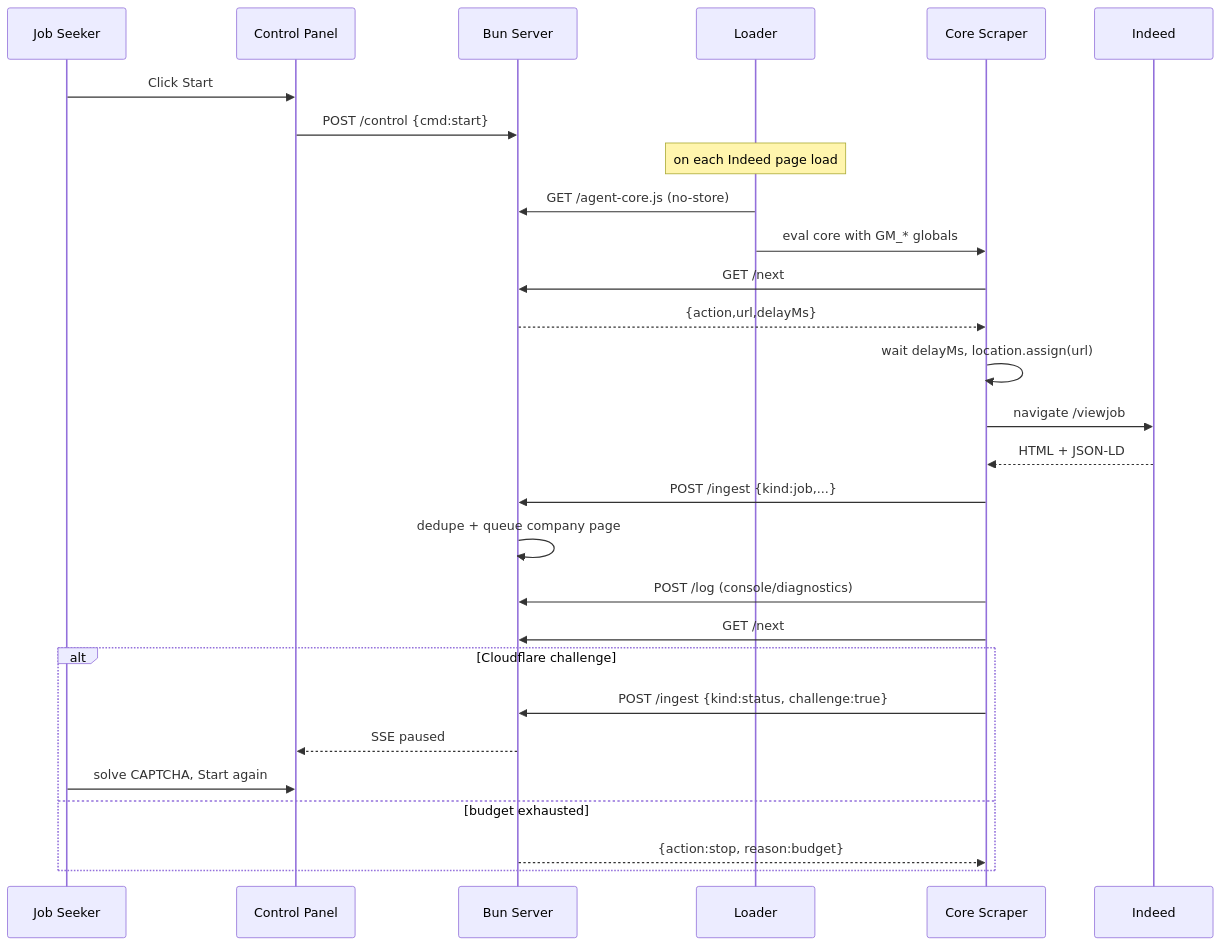
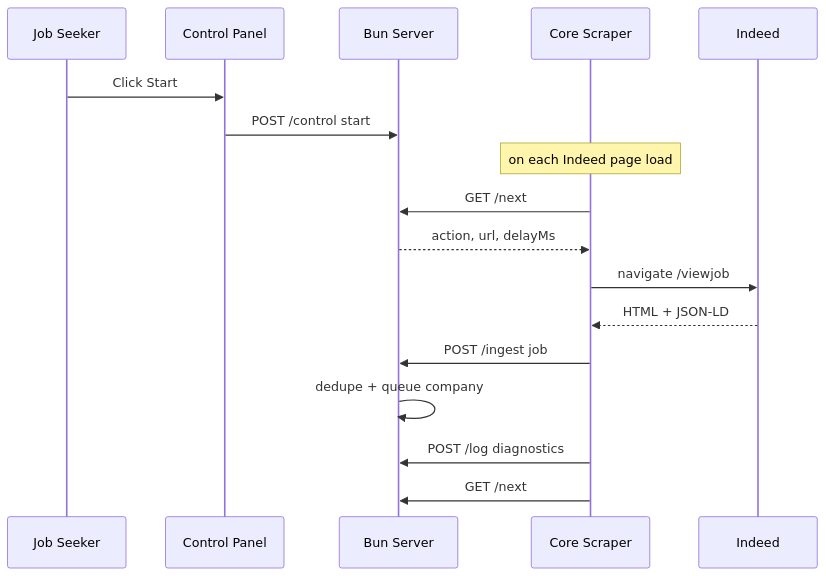
The ninth of 10 diagrams in ARCHITECTURE.md (sdaves/mobile-job-search-archiver), drawn with Mermaid before and after one commit. The commit also changed other lines of this file and 6 other files, not shown here.

Commit message:
Fix Mermaid overlap: split hub diagrams, tune viewer, add runbook plan

````diff
--- a/ARCHITECTURE.md
+++ b/ARCHITECTURE.md
@@ -371,31 +416,20 @@
 ```mermaid
 sequenceDiagram
     participant U as Job Seeker
     participant P as Control Panel
     participant S as Bun Server
-    participant L as Loader
     participant C as Core Scraper
     participant I as Indeed
 
     U->>P: Click Start
-    P->>S: POST /control {cmd:start}
-    Note over L: on each Indeed page load
-    L->>S: GET /agent-core.js (no-store)
-    L->>C: eval core with GM_* globals
+    P->>S: POST /control start
+    Note over C: on each Indeed page load
     C->>S: GET /next
-    S-->>C: {action,url,delayMs}
-    C->>C: wait delayMs, location.assign(url)
+    S-->>C: action, url, delayMs
     C->>I: navigate /viewjob
     I-->>C: HTML + JSON-LD
-    C->>S: POST /ingest {kind:job,...}
-    S->>S: dedupe + queue company page
-    C->>S: POST /log (console/diagnostics)
+    C->>S: POST /ingest job
+    S->>S: dedupe + queue company
+    C->>S: POST /log diagnostics
     C->>S: GET /next
-    alt Cloudflare challenge
-        C->>S: POST /ingest {kind:status, challenge:true}
-        S-->>P: SSE paused
-        U->>P: solve CAPTCHA, Start again
-    else budget exhausted
-        S-->>C: {action:stop, reason:budget}
-    end
 ```
````
